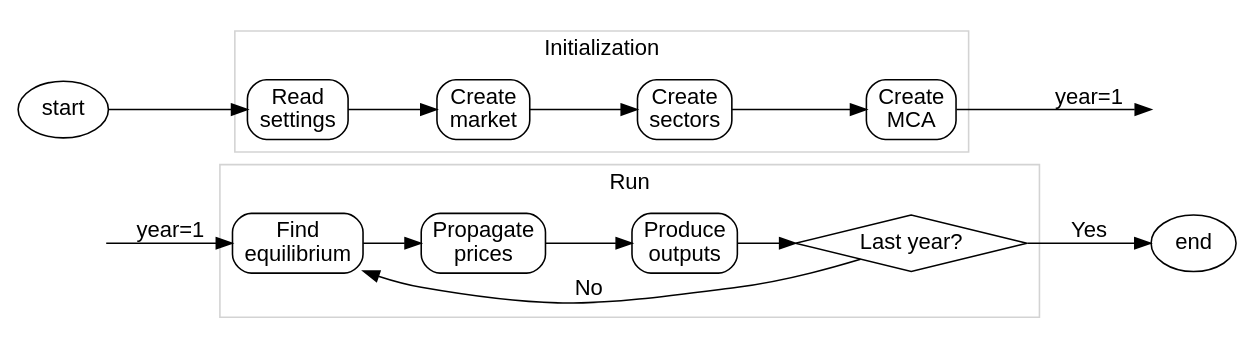
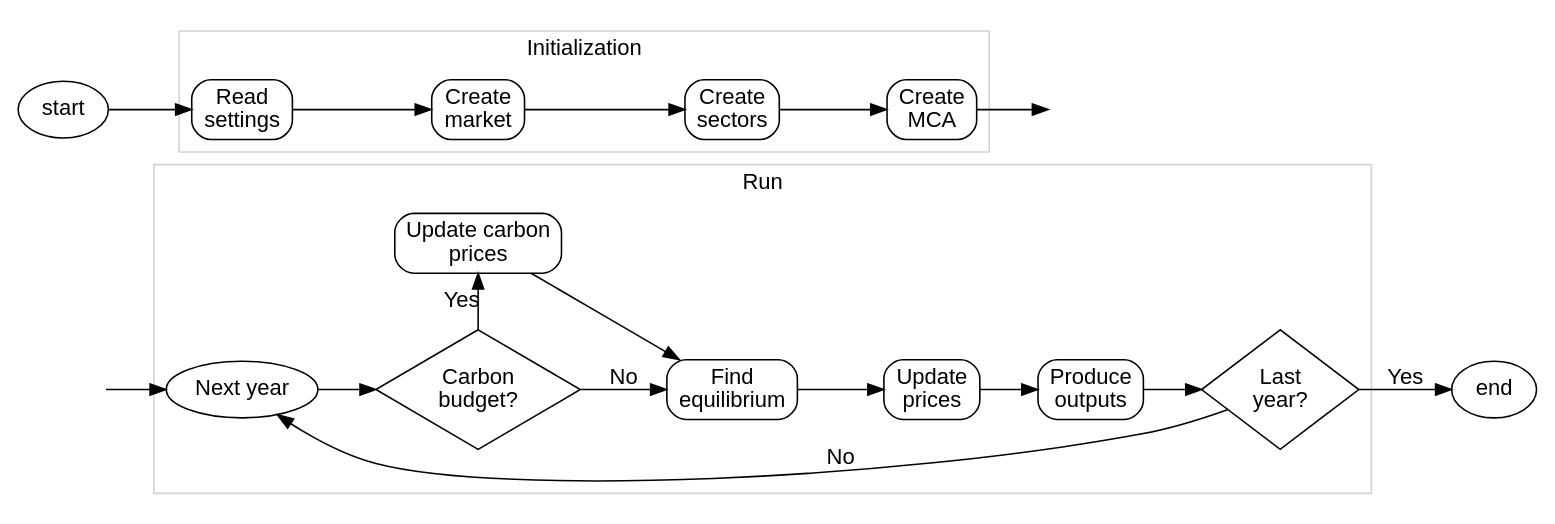
One commit to EnergySystemsModellingLab/MUSE_OS changed the first of 5 diagrams in docs/application-flow.rst. Above: the diagram before and after it, drawn with Graphviz. The commit also changed other lines of this file and 1 other file, not shown here.

Commit message:
Update sectors and general chart and add create MCA chart

```diff
--- a/docs/application-flow.rst
+++ b/docs/application-flow.rst
@@ -11,43 +11,51 @@
 .. graphviz::
     :align: center
     :alt: High level sequence of steps in a MUSE simulation
 
     digraph top_level {
             fontname="Helvetica,Arial,sans-serif"
             node [fontname="Helvetica,Arial,sans-serif", shape=box, style=rounded]
             edge [fontname="Helvetica,Arial,sans-serif"]
             rankdir=LR
             clusterrank=local
             newrank=true
 
             {node [shape=""]; start; end;}
             settings [label="Read\nsettings"]
             market [label="Create\nmarket"]
             sectors [label="Create\nsectors"]
             mca [label="Create\nMCA"]
-            run [label="Last year?", shape=diamond, style=""]
+            run [label="Last\nyear?", shape=diamond, style=""]
             equilibrium [label="Find\nequilibrium"]
-            propagate [label="Propagate\nprices"]
+            propagate [label="Update\nprices"]
             outputs [label="Produce\noutputs"]
+            check_c [label="Carbon\nbudget?", shape=diamond, style=""]
+            c_prices [label="Update carbon\nprices"]
+            next_year [label="Next year", shape=""]
             {node [style="invis"]; int1; int2;}
 
 
             subgraph cluster_1 {
                 settings -> market -> sectors -> mca
                 label="Initialization"
                 color=lightgrey
             }
 
             subgraph cluster_2 {
+                next_year -> check_c
+                check_c -> equilibrium [label="No"]
+                check_c -> c_prices [label="Yes", constraint=false]
+                c_prices -> equilibrium [constraint=false]
                 equilibrium -> propagate -> outputs -> run
-                run -> equilibrium [label="No", constraint=false]
+                run -> next_year [label="No", constraint=false]
                 label="Run"
                 color=lightgrey
+                {rank=same; check_c; c_prices}
             }
 
             start -> settings
-            mca -> int1 [label="year=1"]
-            int2 -> equilibrium [label="year=1"]
+            mca -> int1
+            int2 -> next_year
             run -> end [label="Yes"]
             start -> int2 [style="invis", constraint=false]
         }
```
